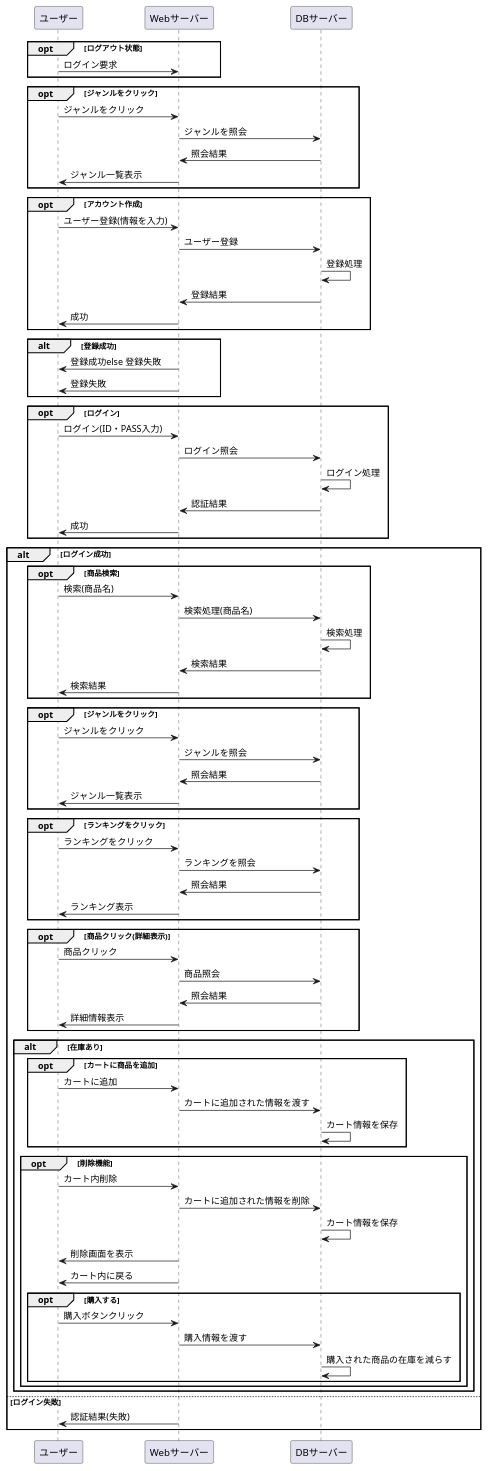
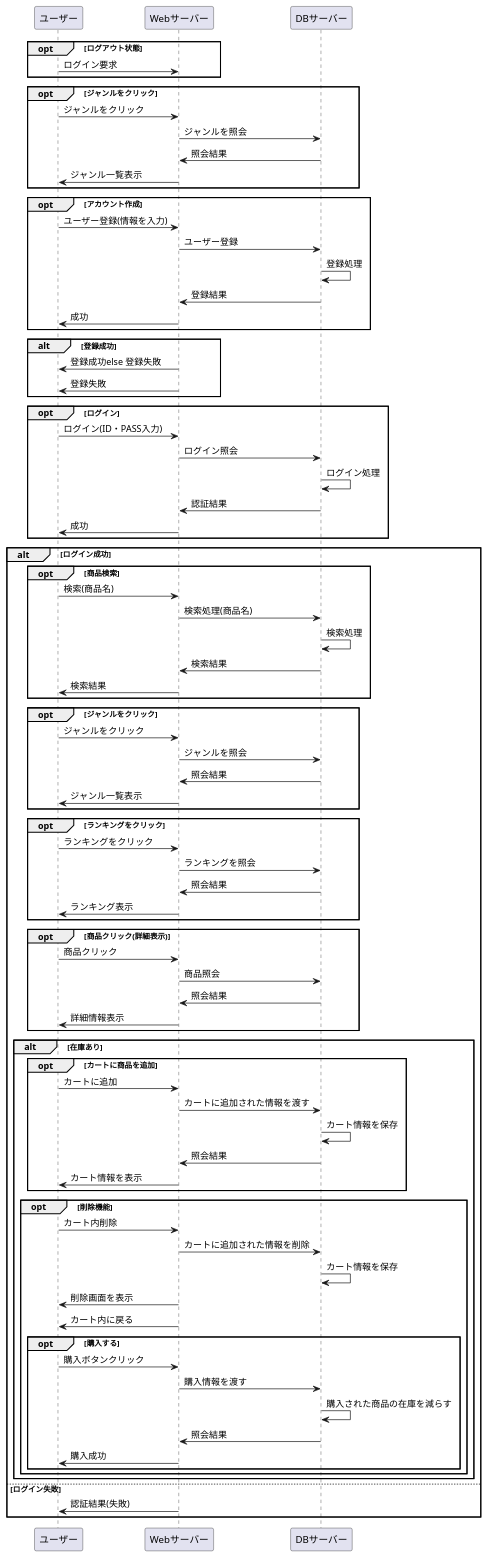
The diagram in あの消し業務フロー2.md (Aso2001184/2021sys-design), drawn with PlantUML before and after one commit.

```diff
--- a/あの消し業務フロー2.md
+++ b/あの消し業務フロー2.md
@@ -70,6 +70,8 @@
 ユーザー -> Webサーバー : カートに追加
 Webサーバー -> DBサーバー : カートに追加された情報を渡す
 DBサーバー -> DBサーバー : カート情報を保存
+DBサーバー -> Webサーバー : 照会結果
+Webサーバー -> ユーザー : カート情報を表示
 end
 
 opt 削除機能
@@ -83,6 +85,8 @@
 ユーザー -> Webサーバー : 購入ボタンクリック
 Webサーバー -> DBサーバー : 購入情報を渡す
 DBサーバー -> DBサーバー : 購入された商品の在庫を減らす
+DBサーバー -> Webサーバー : 照会結果
+Webサーバー -> ユーザー : 購入成功
 end
 end
 end
```
